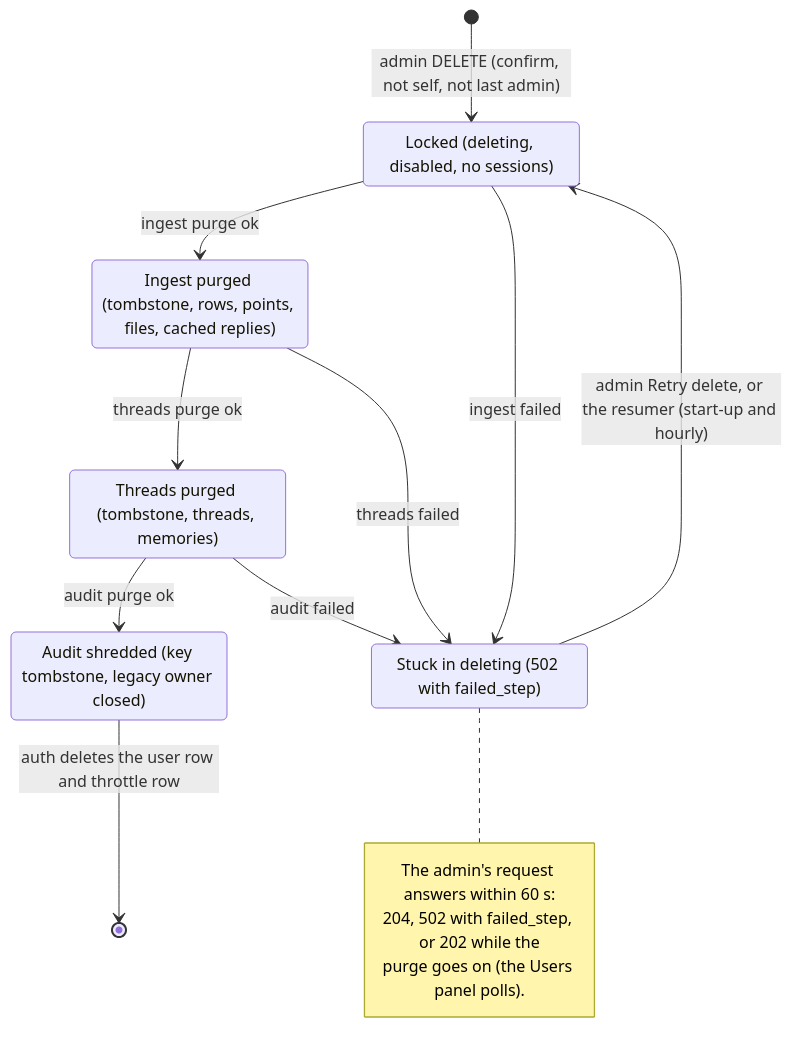
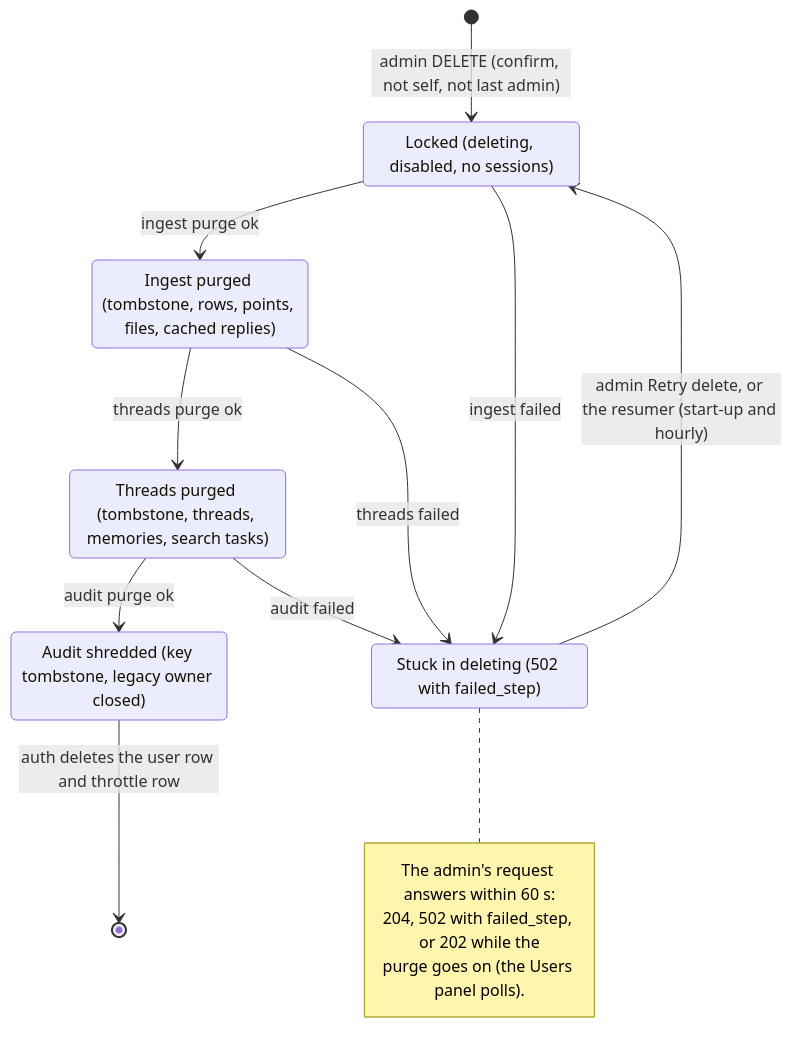
Before and after one commit to haris525/local-multimodal-rag: the second of 31 diagrams in docs/STATE_MACHINES.md, drawn with Mermaid. The commit also changed other lines of this file and 55 other files, not shown here.

First line of the commit message:
Add search tasks and an embedding benchmark

````diff
--- a/docs/STATE_MACHINES.md
+++ b/docs/STATE_MACHINES.md
@@ -266,22 +266,22 @@
 ```mermaid
 stateDiagram-v2
     state "Locked (deleting, disabled, no sessions)" as Locked
     state "Ingest purged (tombstone, rows, points, files, cached replies)" as Ingest
-    state "Threads purged (tombstone, threads, memories)" as Threads
+    state "Threads purged (tombstone, threads, memories, search tasks)" as Threads
     state "Audit shredded (key tombstone, legacy owner closed)" as Audit
     state "Stuck in deleting (502 with failed_step)" as Stuck
     [*] --> Locked : admin DELETE (confirm, not self, not last admin)
     Locked --> Ingest : ingest purge ok
     Ingest --> Threads : threads purge ok
     Threads --> Audit : audit purge ok
     Audit --> [*] : auth deletes the user row and throttle row
     Locked --> Stuck : ingest failed
     Ingest --> Stuck : threads failed
     Threads --> Stuck : audit failed
     Stuck --> Locked : admin Retry delete, or the resumer (start-up and hourly)
     note right of Stuck
         The admin's request answers within 60 s:
         204, 502 with failed_step, or 202 while the
         purge goes on (the Users panel polls).
     end note
 ```
````
